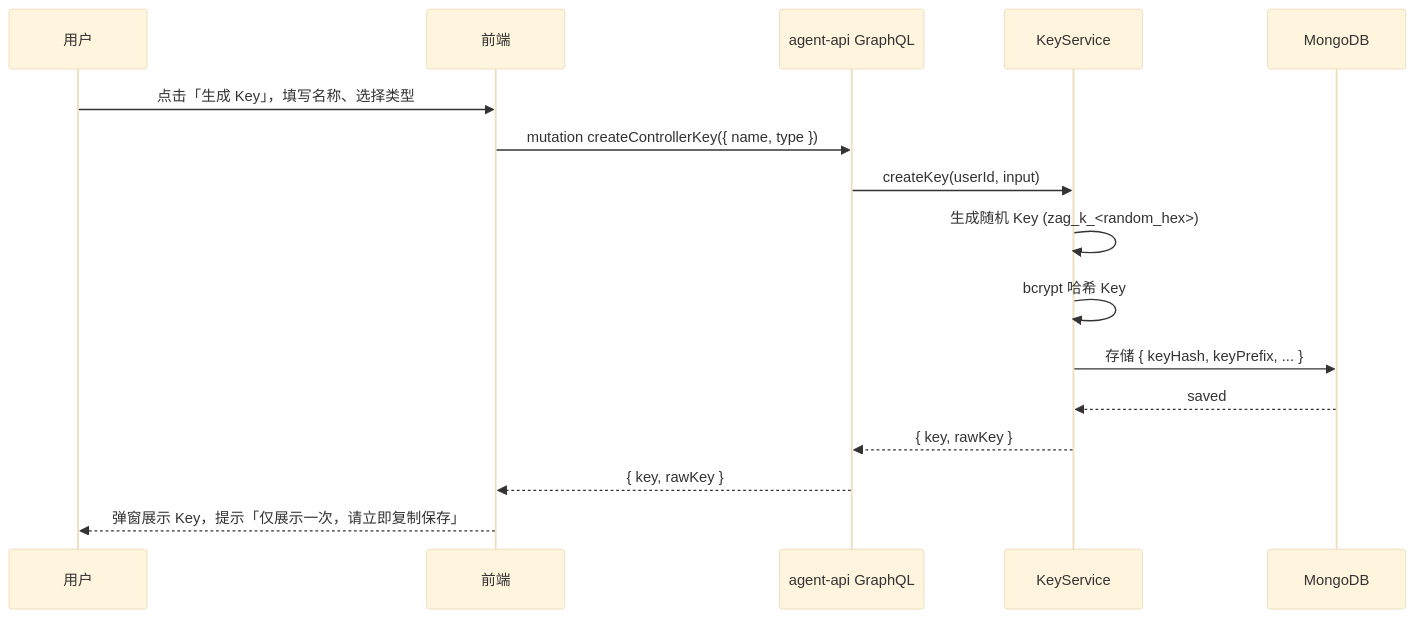
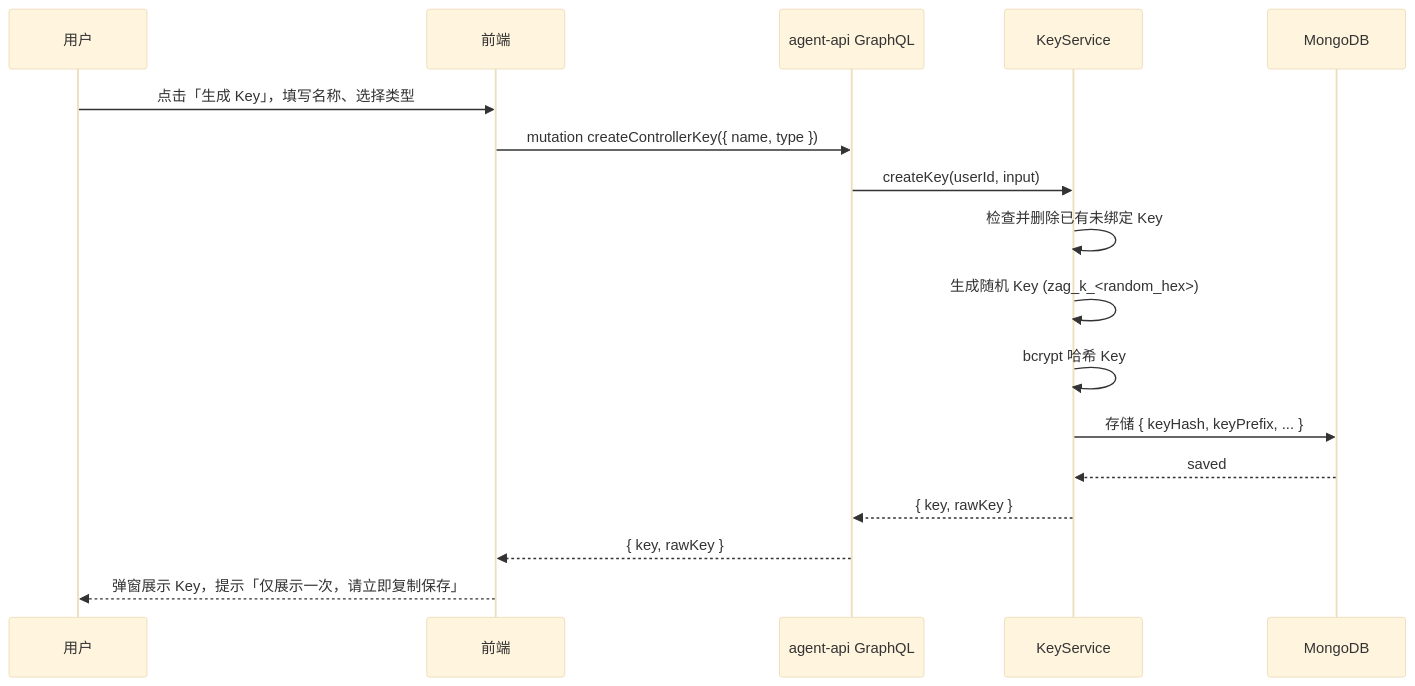
Before and after one commit to Deliay/z-agent-gear: the fourth of 8 diagrams in docs/engineering/proposals/20260517-proposal-agent-controller-v1.md, drawn with Mermaid (base theme). The commit also changed other lines of this file and 3 other files, not shown here.

````diff
--- a/docs/engineering/proposals/20260517-proposal-agent-controller-v1.md
+++ b/docs/engineering/proposals/20260517-proposal-agent-controller-v1.md
@@ -377,19 +368,20 @@
 ```mermaid
 sequenceDiagram
     participant U as 用户
     participant F as 前端
     participant A as agent-api GraphQL
     participant KS as KeyService
     participant D as MongoDB
 
     U->>F: 点击「生成 Key」，填写名称、选择类型
     F->>A: mutation createControllerKey({ name, type })
     A->>KS: createKey(userId, input)
+    KS->>KS: 检查并删除已有未绑定 Key
     KS->>KS: 生成随机 Key (zag_k_<random_hex>)
     KS->>KS: bcrypt 哈希 Key
     KS->>D: 存储 { keyHash, keyPrefix, ... }
     D-->>KS: saved
     KS-->>A: { key, rawKey }
     A-->>F: { key, rawKey }
     F-->>U: 弹窗展示 Key，提示「仅展示一次，请立即复制保存」
 ```
````
